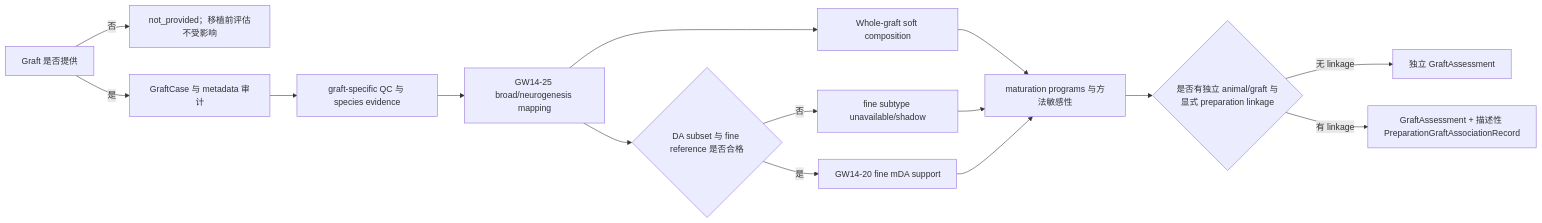
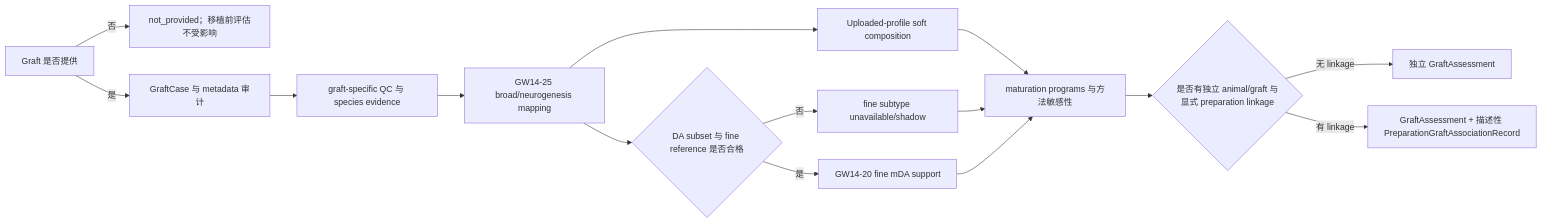
Before and after one commit to starvingarc/BRIDGE: the diagram in docs/bridge_spec_v0.1/graft_assessment_task_card.md, drawn with Mermaid. The commit also changed other lines of this file and 28 other files, not shown here.

````diff
--- a/docs/bridge_spec_v0.1/graft_assessment_task_card.md
+++ b/docs/bridge_spec_v0.1/graft_assessment_task_card.md
@@ -133,17 +133,17 @@
 ```mermaid
 flowchart LR
     A["Graft 是否提供"] -->|否| B["not_provided；移植前评估不受影响"]
     A -->|是| C["GraftCase 与 metadata 审计"]
     C --> D["graft-specific QC 与 species evidence"]
     D --> E["GW14-25 broad/neurogenesis mapping"]
-    E --> F["Whole-graft soft composition"]
+    E --> F["Uploaded-profile soft composition"]
     E --> G{"DA subset 与 fine reference 是否合格"}
     G -->|否| H["fine subtype unavailable/shadow"]
     G -->|是| I["GW14-20 fine mDA support"]
     F --> J["maturation programs 与方法敏感性"]
     H --> J
     I --> J
     J --> K{"是否有独立 animal/graft 与显式 preparation linkage"}
     K -->|无 linkage| L["独立 GraftAssessment"]
     K -->|有 linkage| M["GraftAssessment + 描述性 PreparationGraftAssociationRecord"]
 ```
````
